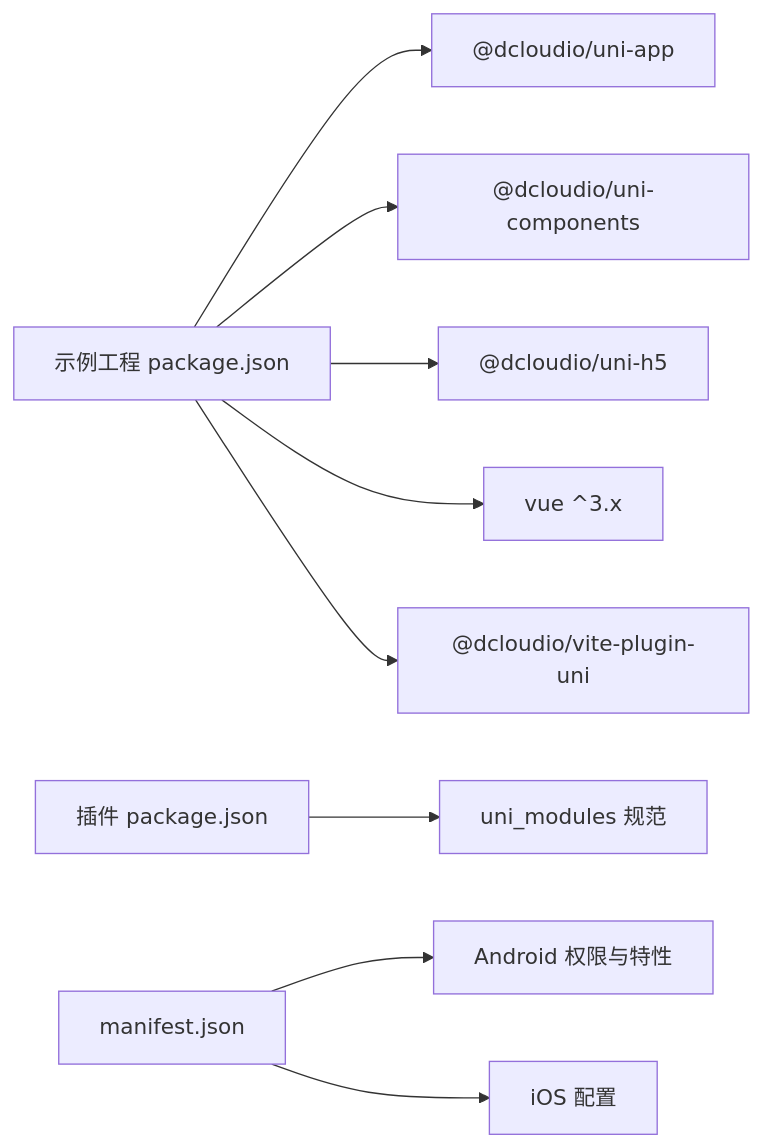
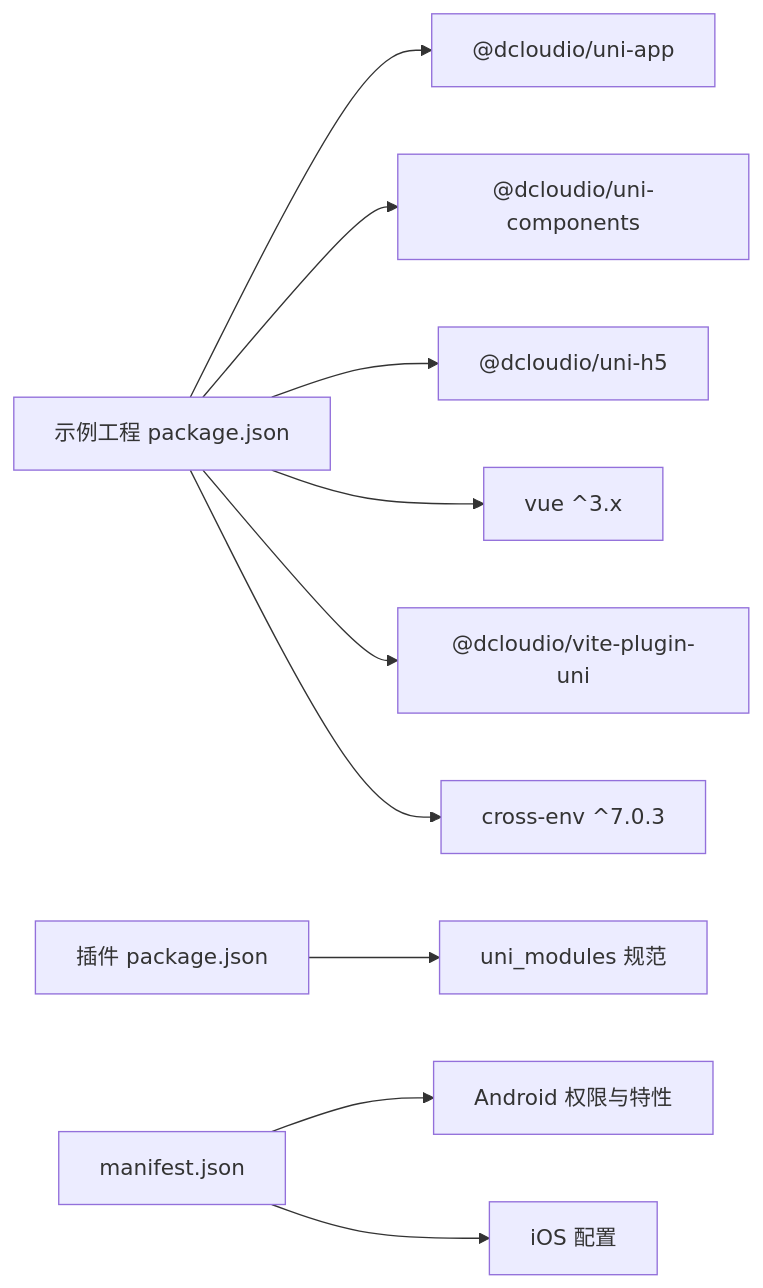
Before and after one commit to xyytwz/img-avatar-cropper: the sixth of 7 diagrams in .qoder/repowiki/zh/content/部署与发布指南.md, drawn with Mermaid. The commit also changed other lines of this file and 18 other files, not shown here.

````diff
--- a/.qoder/repowiki/zh/content/部署与发布指南.md
+++ b/.qoder/repowiki/zh/content/部署与发布指南.md
@@ -223,11 +241,12 @@
 ```mermaid
 graph LR
 DemoPkg["示例工程 package.json"] --> UniApp["@dcloudio/uni-app"]
 DemoPkg --> UniComponents["@dcloudio/uni-components"]
 DemoPkg --> UniH5["@dcloudio/uni-h5"]
 DemoPkg --> Vue["vue ^3.x"]
 DemoPkg --> Vite["@dcloudio/vite-plugin-uni"]
+DemoPkg --> CrossEnv["cross-env ^7.0.3"]
 PluginPkg["插件 package.json"] --> UniModules["uni_modules 规范"]
 Manifest["manifest.json"] --> Android["Android 权限与特性"]
 Manifest --> iOS["iOS 配置"]
 ```
````
